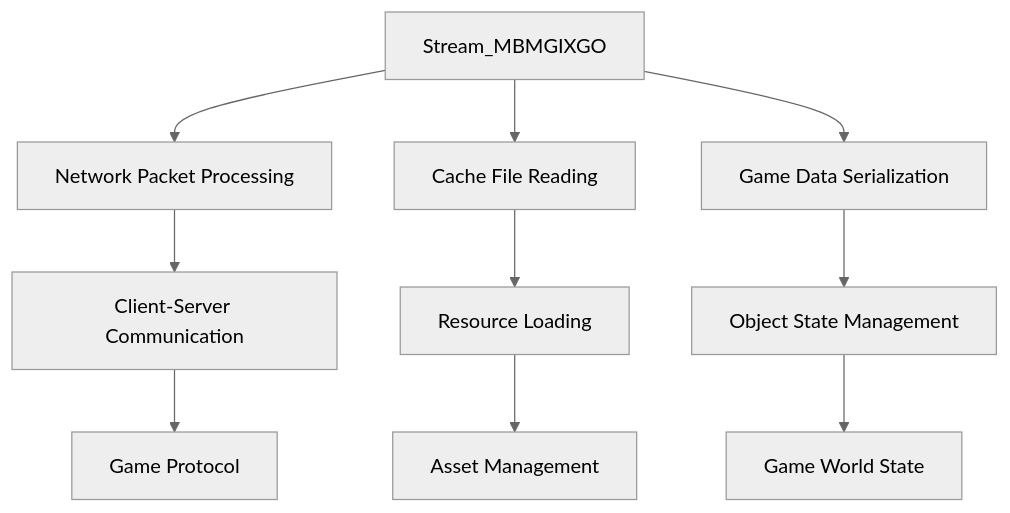
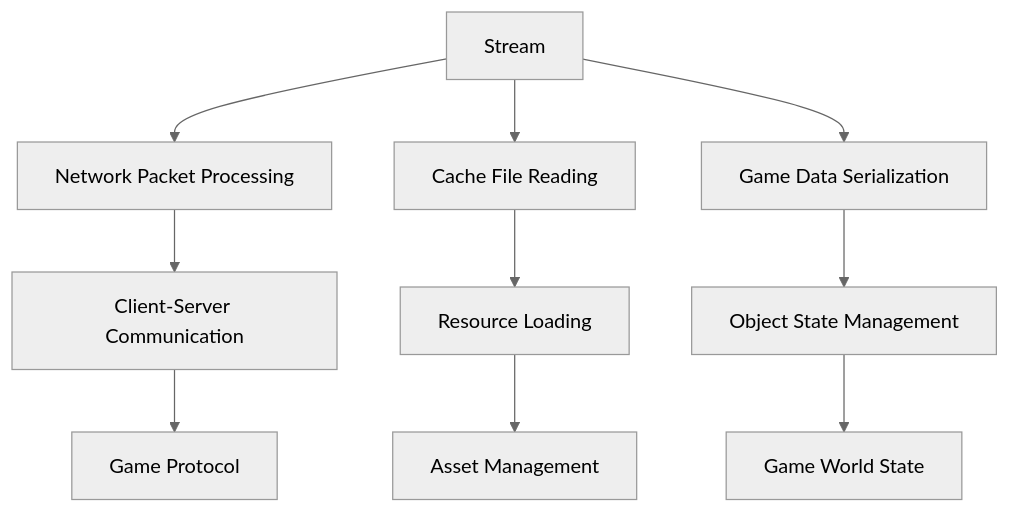
Before and after one commit to daxxog/solmud: the diagram in bytecode/mapping/evidence/verified/Stream_MBMGIXGO.md, drawn with Mermaid (neutral theme). The commit also changed other lines of this file and 48 other files, not shown here.

````diff
--- a/bytecode/mapping/evidence/verified/Stream_MBMGIXGO.md
+++ b/bytecode/mapping/evidence/verified/Stream_MBMGIXGO.md
@@ -214,12 +207,12 @@
 ```mermaid
 graph TD
-    A[Stream_MBMGIXGO] --> B[Network Packet Processing]
+    A[Stream] --> B[Network Packet Processing]
     A --> C[Cache File Reading]
     A --> D[Game Data Serialization]
     B --> E[Client-Server Communication]
     C --> F[Resource Loading]
     D --> G[Object State Management]
     E --> H[Game Protocol]
     F --> I[Asset Management]
     G --> J[Game World State]
 ```
````
